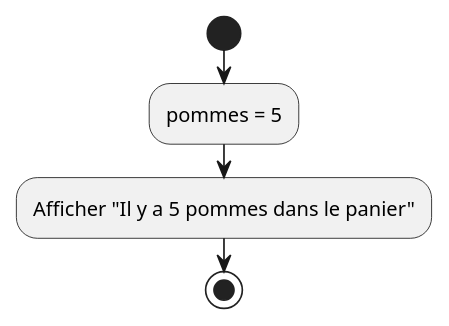
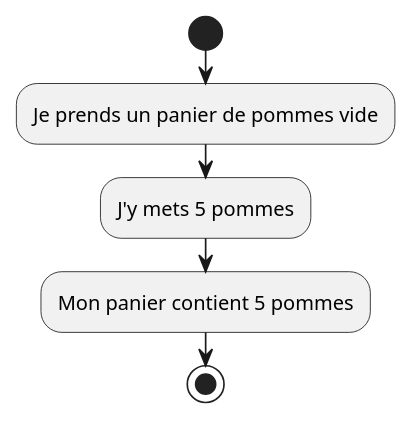
One commit to HEIG-VD-Prog-Course/HEIG-VD-ProgIM-Course changed the fourth of 7 diagrams in 03.01-iteration/01-supports-de-cours/README.md. Above: the diagram before and after it, drawn with PlantUML. The commit also changed other lines of this file and 18 other files, not shown here.

Commit message:
Add new PlantUML diagrams and images for iteration examples; remove outdated iteration files

````diff
--- a/03.01-iteration/01-supports-de-cours/README.md
+++ b/03.01-iteration/01-supports-de-cours/README.md
@@ -207,8 +231,9 @@
 ```plantuml
 @startuml
 start
-:pommes = 5;
-:Afficher "Il y a 5 pommes dans le panier";
+:Je prends un panier de pommes vide;
+:J'y mets 5 pommes;
+:Mon panier contient 5 pommes;
 stop
 @enduml
 ```
````
